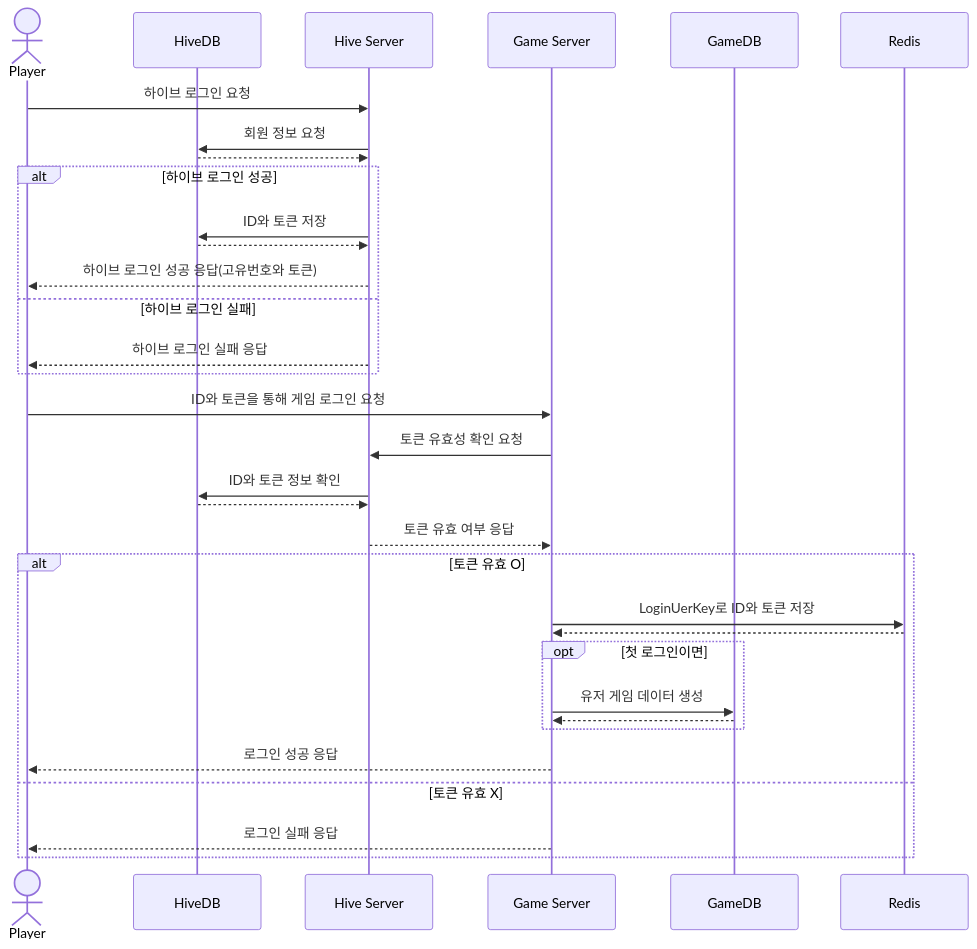
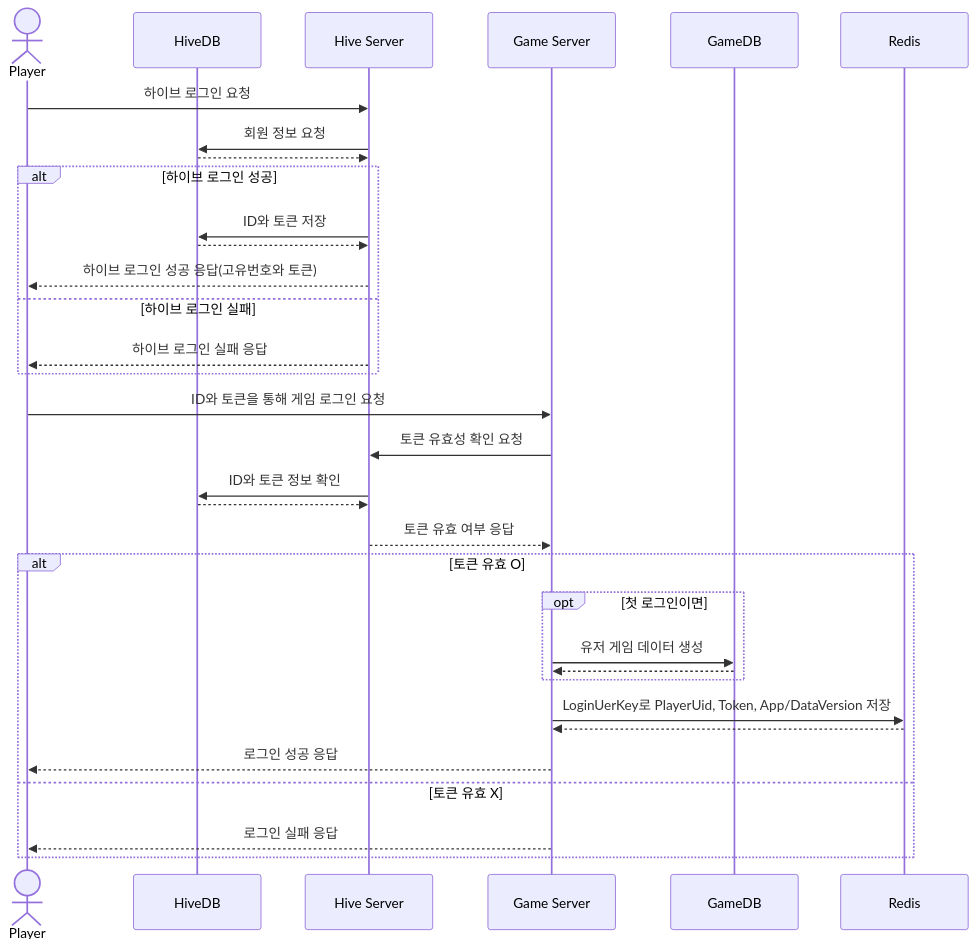
The second of 2 diagrams in SequenceDiagram/Register-Login.md (yujinS0/Omok-Game), drawn with Mermaid before and after one commit.

````diff
--- a/SequenceDiagram/Register-Login.md
+++ b/SequenceDiagram/Register-Login.md
@@ -23,47 +23,48 @@
 ```mermaid
 sequenceDiagram
 	actor P as Player
 	participant HD as HiveDB
 	participant H as Hive Server
 	participant G as Game Server
 	participant GD as GameDB
 	participant R as Redis
 	
 	P ->> H: 하이브 로그인 요청
   	H ->> HD : 회원 정보 요청
   	HD -->> H : 
 
 	alt 하이브 로그인 성공
 		H ->> HD : ID와 토큰 저장
 		HD -->> H : 
 		H -->> P : 하이브 로그인 성공 응답(고유번호와 토큰) 
 	else 하이브 로그인 실패
 		H -->> P : 하이브 로그인 실패 응답
 	end
 
 	P ->> G : ID와 토큰을 통해 게임 로그인 요청
 	G ->> H : 토큰 유효성 확인 요청
 	H ->> HD : ID와 토큰 정보 확인
 	HD -->> H :  
 	H -->> G : 토큰 유효 여부 응답
 
 	alt 토큰 유효 O
-		G ->> R : LoginUerKey로 ID와 토큰 저장
-	  	R -->> G :  
-
 		opt 첫 로그인이면
 			G ->> GD : 유저 게임 데이터 생성
 			GD -->> G :  
 		end
+
+		G ->> R : LoginUerKey로 PlayerUid, Token, App/DataVersion 저장
+	  	R -->> G :  
+
 		G -->> P : 로그인 성공 응답
 	else 토큰 유효 X
 		G -->> P : 로그인 실패 응답
 	end
 
 
 
 
 
 
 
 ```
````
